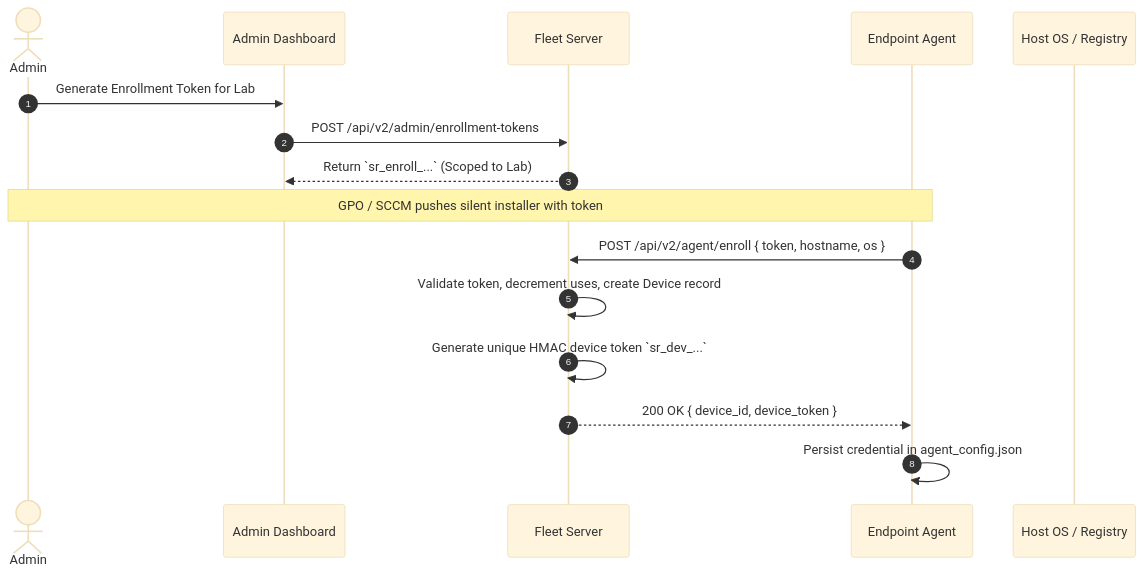
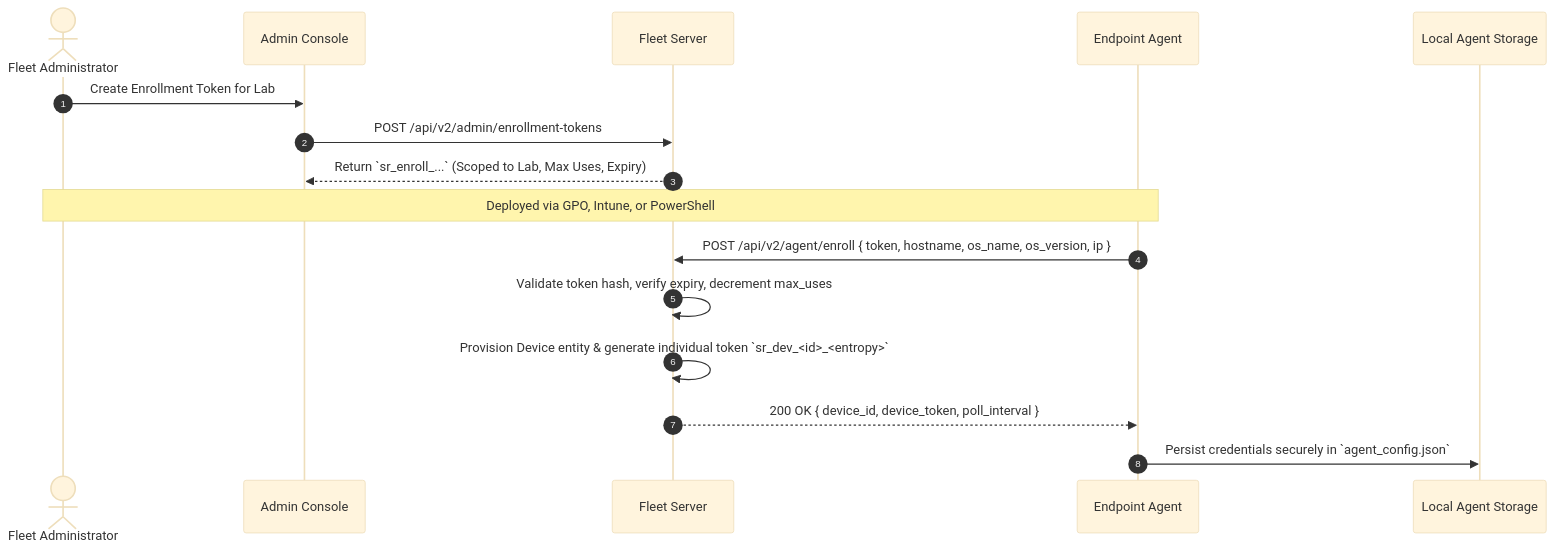
The second of 5 diagrams in docs/architecture.md (Darksider70-yep/System_Revamp), drawn with Mermaid (base theme) before and after one commit. The commit also changed other lines of this file and 11 other files, not shown here.

Commit message:
docs: add comprehensive documentation, setup guides, and architecture references

````diff
--- a/docs/architecture.md
+++ b/docs/architecture.md
@@ -56,20 +67,20 @@
 ```mermaid
 sequenceDiagram
     autonumber
-    actor Admin
-    participant Dashboard as Admin Dashboard
+    actor Admin as Fleet Administrator
+    participant Console as Admin Console
     participant Server as Fleet Server
     participant Agent as Endpoint Agent
-    participant OS as Host OS / Registry
+    participant Storage as Local Agent Storage
 
-    Admin->>Dashboard: Generate Enrollment Token for Lab
-    Dashboard->>Server: POST /api/v2/admin/enrollment-tokens
-    Server-->>Dashboard: Return `sr_enroll_...` (Scoped to Lab)
+    Admin->>Console: Create Enrollment Token for Lab
+    Console->>Server: POST /api/v2/admin/enrollment-tokens
+    Server-->>Console: Return `sr_enroll_...` (Scoped to Lab, Max Uses, Expiry)
     
-    Note over Admin,Agent: GPO / SCCM pushes silent installer with token
-    Agent->>Server: POST /api/v2/agent/enroll { token, hostname, os }
-    Server->>Server: Validate token, decrement uses, create Device record
-    Server->>Server: Generate unique HMAC device token `sr_dev_...`
-    Server-->>Agent: 200 OK { device_id, device_token }
-    Agent->>Agent: Persist credential in agent_config.json
+    Note over Admin,Agent: Deployed via GPO, Intune, or PowerShell
+    Agent->>Server: POST /api/v2/agent/enroll { token, hostname, os_name, os_version, ip }
+    Server->>Server: Validate token hash, verify expiry, decrement max_uses
+    Server->>Server: Provision Device entity & generate individual token `sr_dev_<id>_<entropy>`
+    Server-->>Agent: 200 OK { device_id, device_token, poll_interval }
+    Agent->>Storage: Persist credentials securely in `agent_config.json`
 ```
````
